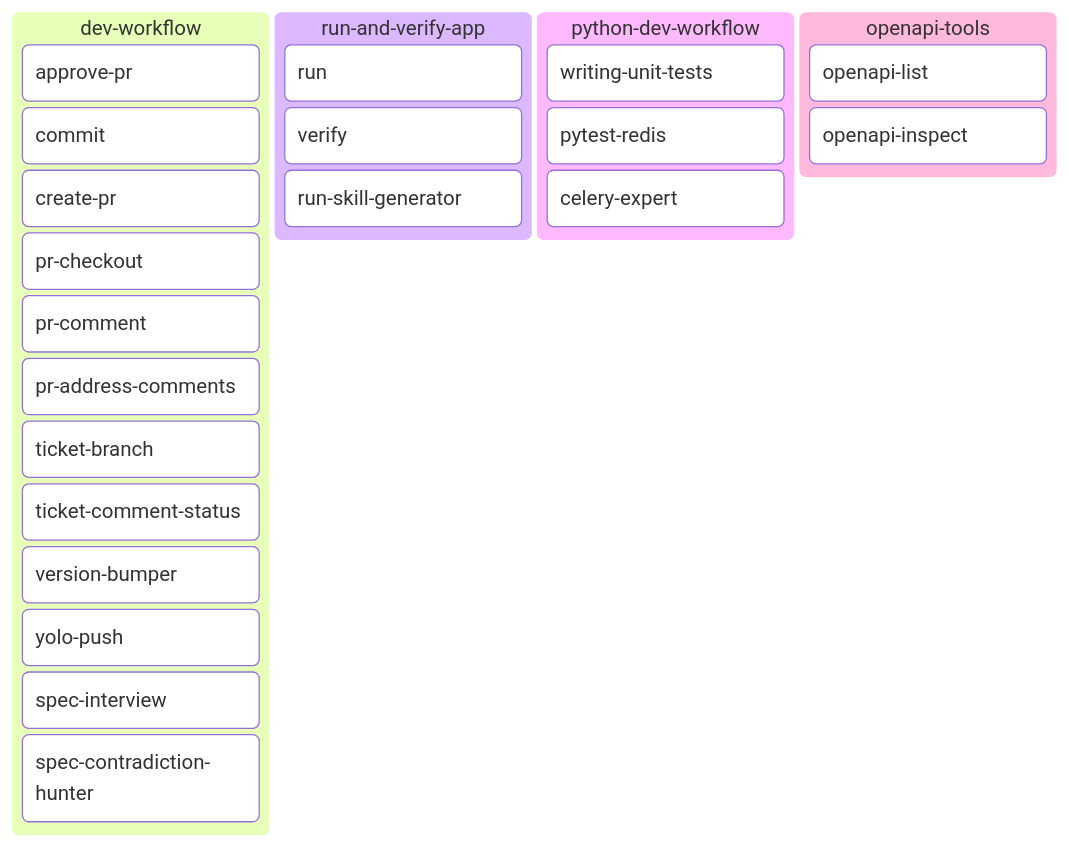
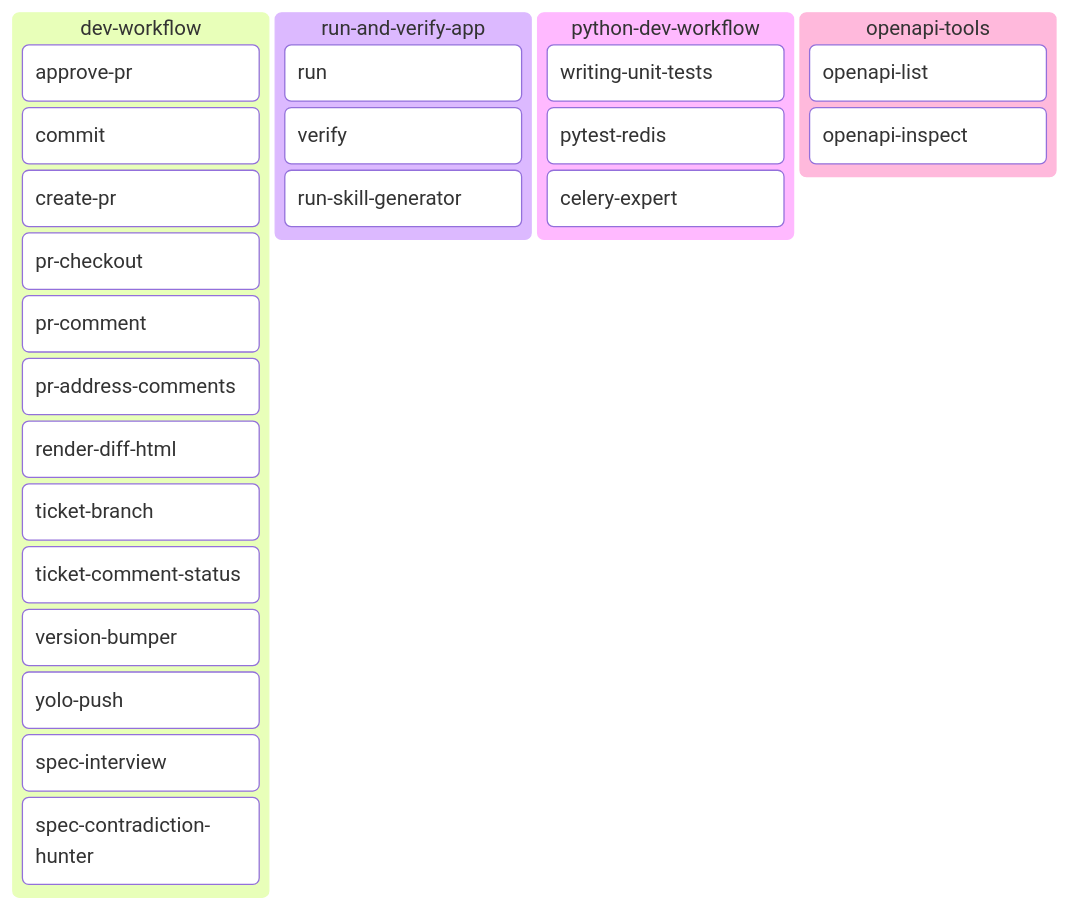
The third of 4 diagrams in README.md (Alex-Kopylov/zweihander), drawn with Mermaid before and after one commit. The commit also changed other lines of this file and 7 other files, not shown here.

Commit message:
feat(dev-workflow): add diff html rendering skill

````diff
--- a/README.md
+++ b/README.md
@@ -56,27 +56,28 @@
 ```mermaid
 kanban
   dev_workflow[dev-workflow]
     dw_approve_pr[approve-pr]
     dw_commit[commit]
     dw_create_pr[create-pr]
     dw_pr_checkout[pr-checkout]
     dw_pr_comment[pr-comment]
     dw_pr_address_comments[pr-address-comments]
+    dw_render_diff_html[render-diff-html]
     dw_ticket_branch[ticket-branch]
     dw_ticket_comment_status[ticket-comment-status]
     dw_version_bumper[version-bumper]
     dw_yolo_push[yolo-push]
     dw_spec_interview[spec-interview]
     dw_spec_contradiction_hunter[spec-contradiction-hunter]
   run_and_verify_app[run-and-verify-app]
     rva_run[run]
     rva_verify[verify]
     rva_run_skill_generator[run-skill-generator]
   python_dev_workflow[python-dev-workflow]
     pdw_writing_unit_tests[writing-unit-tests]
     pdw_pytest_redis[pytest-redis]
     pdw_celery_expert[celery-expert]
   openapi_tools[openapi-tools]
     oat_openapi_list[openapi-list]
     oat_openapi_inspect[openapi-inspect]
 ```
````
